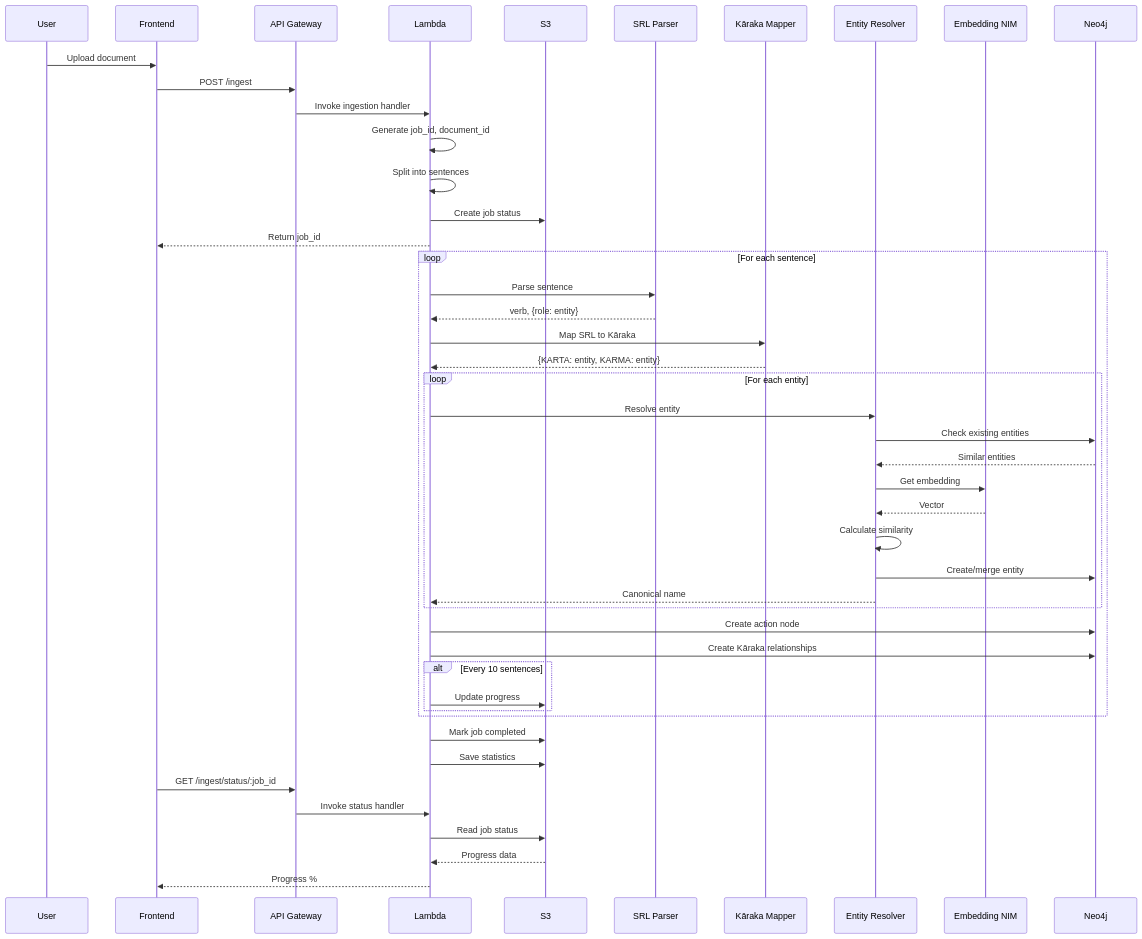
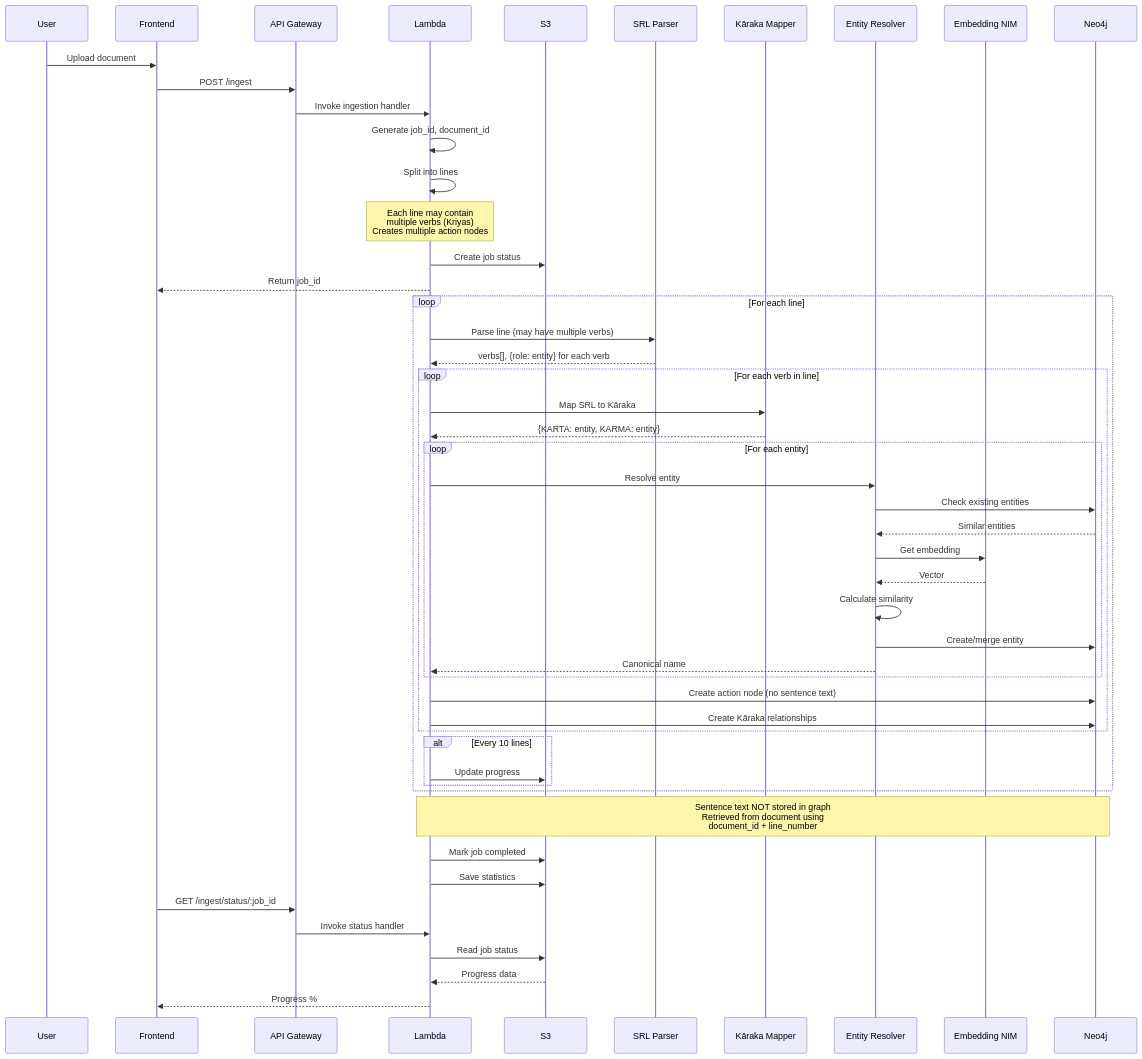
One commit to Vedsaga/nvidia-aws-agentic-ai changed the diagram in diagrams/ingestion-flow.md. Above: the diagram before and after it, drawn with Mermaid. The commit also changed 3 other files, not shown here.

First line of the commit message:
docs(diagrams): Update graph architecture and ingestion flow documentation

````diff
--- a/diagrams/ingestion-flow.md
+++ b/diagrams/ingestion-flow.md
@@ -3,55 +3,61 @@
 ```mermaid
 sequenceDiagram
     participant User
     participant Frontend
     participant API Gateway
     participant Lambda
     participant S3
     participant SRL Parser
     participant Kāraka Mapper
     participant Entity Resolver
     participant Embedding NIM
     participant Neo4j
 
     User->>Frontend: Upload document
     Frontend->>API Gateway: POST /ingest
     API Gateway->>Lambda: Invoke ingestion handler
     Lambda->>Lambda: Generate job_id, document_id
-    Lambda->>Lambda: Split into sentences
+    Lambda->>Lambda: Split into lines
+    Note over Lambda: Each line may contain<br/>multiple verbs (Kriyas)<br/>Creates multiple action nodes
     Lambda->>S3: Create job status
     Lambda-->>Frontend: Return job_id
 
-    loop For each sentence
-        Lambda->>SRL Parser: Parse sentence
-        SRL Parser-->>Lambda: verb, {role: entity}
-        Lambda->>Kāraka Mapper: Map SRL to Kāraka
-        Kāraka Mapper-->>Lambda: {KARTA: entity, KARMA: entity}
+    loop For each line
+        Lambda->>SRL Parser: Parse line (may have multiple verbs)
+        SRL Parser-->>Lambda: verbs[], {role: entity} for each verb
+        
+        loop For each verb in line
+            Lambda->>Kāraka Mapper: Map SRL to Kāraka
+            Kāraka Mapper-->>Lambda: {KARTA: entity, KARMA: entity}
         
         loop For each entity
             Lambda->>Entity Resolver: Resolve entity
             Entity Resolver->>Neo4j: Check existing entities
             Neo4j-->>Entity Resolver: Similar entities
             Entity Resolver->>Embedding NIM: Get embedding
             Embedding NIM-->>Entity Resolver: Vector
             Entity Resolver->>Entity Resolver: Calculate similarity
             Entity Resolver->>Neo4j: Create/merge entity
             Entity Resolver-->>Lambda: Canonical name
         end
 
-        Lambda->>Neo4j: Create action node
-        Lambda->>Neo4j: Create Kāraka relationships
+            Lambda->>Neo4j: Create action node (no sentence text)
+            Lambda->>Neo4j: Create Kāraka relationships
+        end
         
-        alt Every 10 sentences
+        alt Every 10 lines
             Lambda->>S3: Update progress
         end
     end
+    
+    Note over Lambda,Neo4j: Sentence text NOT stored in graph<br/>Retrieved from document using<br/>document_id + line_number
 
     Lambda->>S3: Mark job completed
     Lambda->>S3: Save statistics
 
     Frontend->>API Gateway: GET /ingest/status/:job_id
     API Gateway->>Lambda: Invoke status handler
     Lambda->>S3: Read job status
     S3-->>Lambda: Progress data
     Lambda-->>Frontend: Progress %
 ```
````
